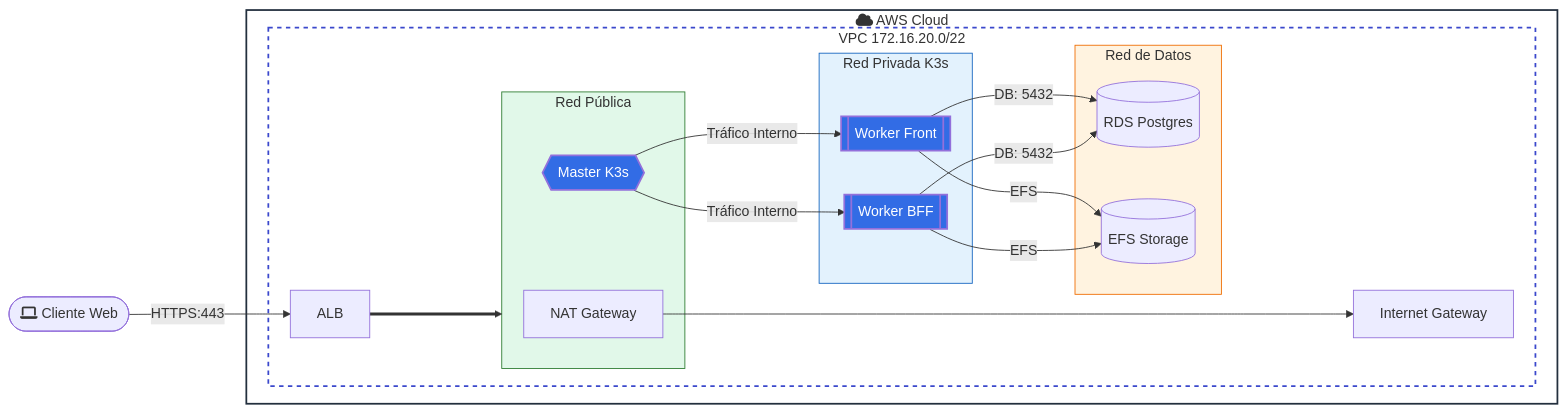
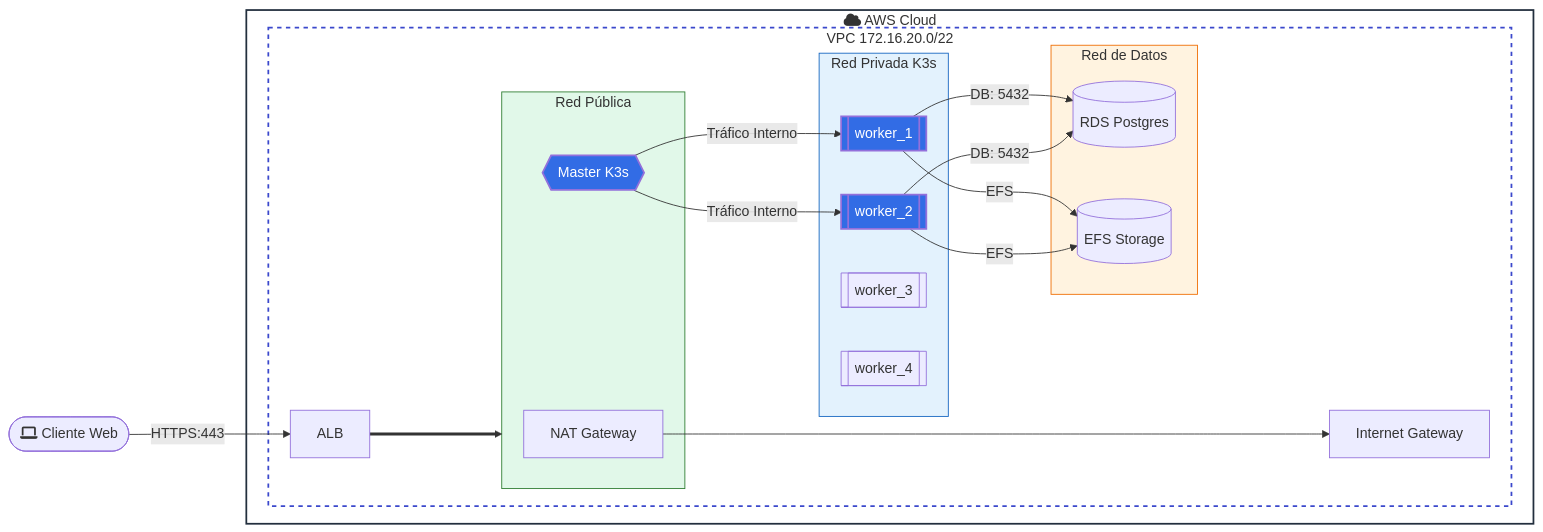
The diagram in Docs/diagrama-arquitectura 3.md (jquinterov-ITM/Proyecto-D-Una---InfraEstructura-con-Terraform), drawn with Mermaid before and after one commit. The commit also changed 3 other files, not shown here.

````diff
--- a/Docs/diagrama-arquitectura 3.md
+++ b/Docs/diagrama-arquitectura 3.md
@@ -13,42 +13,44 @@
 ```mermaid
 flowchart LR
 classDef cloud fill:#fff,stroke:#232F3E,stroke-width:2px;
 classDef vpc fill:#fff,stroke:#3B48CC,stroke-width:2px,stroke-dasharray: 5 5;
 classDef pub fill:#e1f8e9,stroke:#2e7d32,stroke-width:1px;
 classDef priv fill:#e3f2fd,stroke:#1565c0,stroke-width:1px;
 classDef db fill:#fff3e0,stroke:#ef6c00,stroke-width:1px;
 classDef k3s fill:#326ce5,color:#fff,stroke-width:2px;
 
 Cliente([fa:fa-laptop Cliente Web]) -- "HTTPS:443" --> ALB
 
 subgraph AWS ["fa:fa-cloud AWS Cloud"]
     subgraph VPC ["VPC 172.16.20.0/22"]
         ALB[ALB]
         subgraph PUB1 [Red Pública]
             NAT1[NAT Gateway]
             M1{{Master K3s}}
         end
-        subgraph PRIV1 [Red Privada K3s]
-            W1[[Worker Front]]
-            W2[[Worker BFF]]
+            subgraph PRIV1 [Red Privada K3s]
+                W1[[worker_1]]
+                W2[[worker_2]]
+                W3[[worker_3]]
+                W4[[worker_4]]
         end
         subgraph DB_SUB1 [Red de Datos]
             RDS[(RDS Postgres)]
             EFS[(EFS Storage)]
         end
         IGW[Internet Gateway]
     end
 end
 
 ALB ====> PUB1
 NAT1 ------> IGW
 M1 -- "Tráfico Interno" --> W1 & W2
 W1 -- "DB: 5432" --> RDS
 W2 -- "DB: 5432" --> RDS
 W1 -- "EFS" --> EFS
 W2 -- "EFS" --> EFS
 
 class AWS cloud; class VPC vpc;
 class PUB1 pub; class PRIV1 priv; class DB_SUB1 db;
 class M1,W1,W2 k3s;
 ```                   
````
